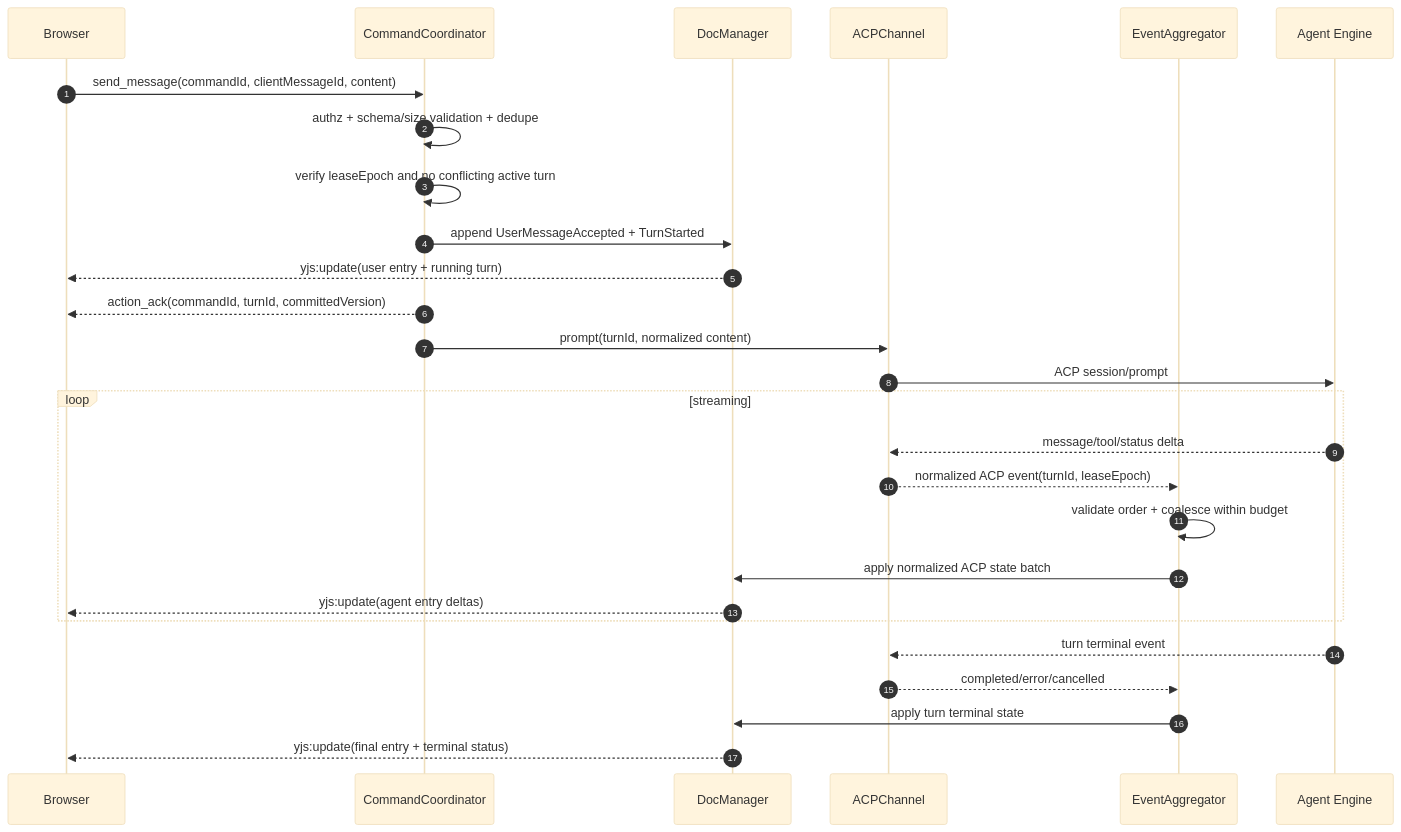
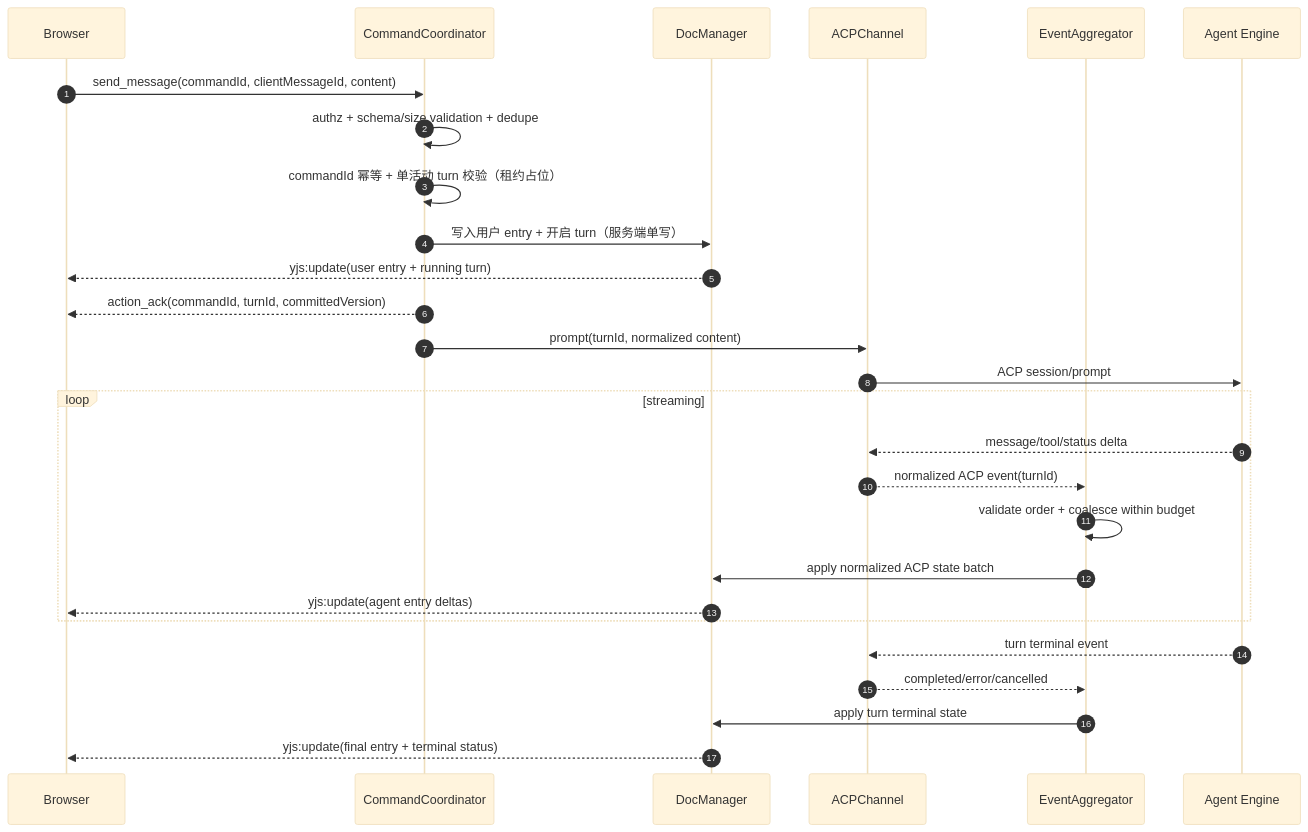
The fifth of 10 diagrams in docs/arch/19-yjs-chat-streaming.md (HuangPuStar/FenixAgent), drawn with Mermaid (base theme) before and after one commit. The commit also changed other lines of this file and 17 other files, not shown here.

````diff
--- a/docs/arch/19-yjs-chat-streaming.md
+++ b/docs/arch/19-yjs-chat-streaming.md
@@ -271,30 +277,30 @@
 ```mermaid
 sequenceDiagram
     autonumber
     participant B as Browser
     participant CC as CommandCoordinator
     participant DM as DocManager
     participant ACP as ACPChannel
     participant EA as EventAggregator
     participant AG as Agent Engine
 
     B->>CC: send_message(commandId, clientMessageId, content)
     CC->>CC: authz + schema/size validation + dedupe
-    CC->>CC: verify leaseEpoch and no conflicting active turn
-    CC->>DM: append UserMessageAccepted + TurnStarted
+    CC->>CC: commandId 幂等 + 单活动 turn 校验（租约占位）
+    CC->>DM: 写入用户 entry + 开启 turn（服务端单写）
     DM-->>B: yjs:update(user entry + running turn)
     CC-->>B: action_ack(commandId, turnId, committedVersion)
     CC->>ACP: prompt(turnId, normalized content)
     ACP->>AG: ACP session/prompt
     loop streaming
         AG-->>ACP: message/tool/status delta
-        ACP-->>EA: normalized ACP event(turnId, leaseEpoch)
+        ACP-->>EA: normalized ACP event(turnId)
         EA->>EA: validate order + coalesce within budget
         EA->>DM: apply normalized ACP state batch
         DM-->>B: yjs:update(agent entry deltas)
     end
     AG-->>ACP: turn terminal event
     ACP-->>EA: completed/error/cancelled
     EA->>DM: apply turn terminal state
     DM-->>B: yjs:update(final entry + terminal status)
 ```
````
